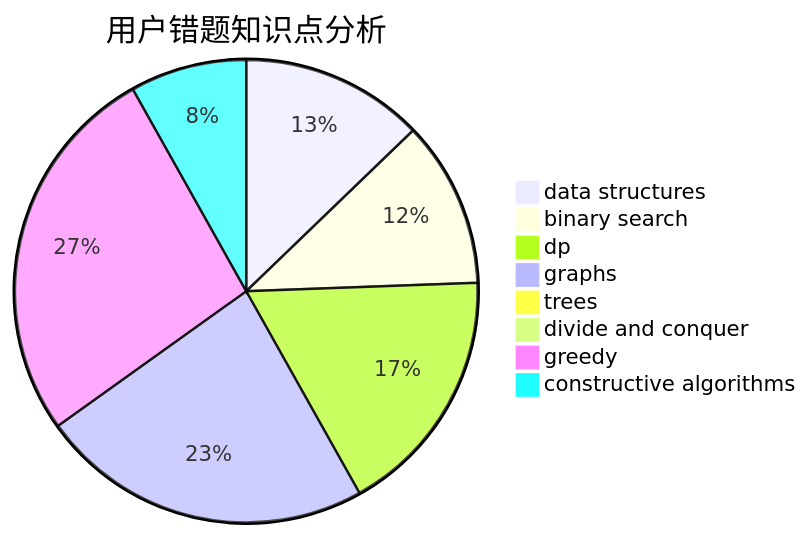
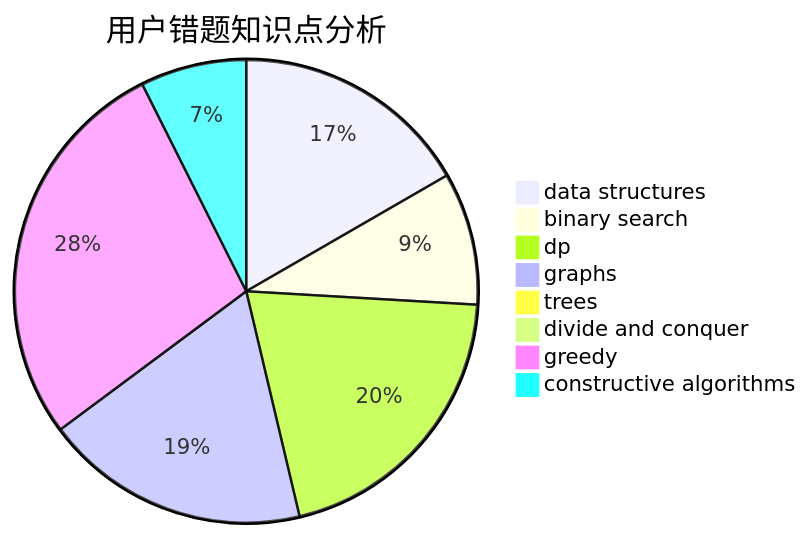
One commit to sherpahu/cfrs.github.io changed the third of 3 diagrams in docs/user/u158.md. Above: the diagram before and after it, drawn with Mermaid. The commit also changed other lines of this file and 2770 other files, not shown here.

````diff
--- a/docs/user/u158.md
+++ b/docs/user/u158.md
@@ -36,11 +36,11 @@
 ```mermaid
 pie title 用户错题知识点分析
-    "data structures" :  11
+    "data structures" :  18
     "binary search" :  10
-    "dp" :  15
+    "dp" :  22
     "graphs" :  20
     "trees" :  0
     "divide and conquer" :  0
-    "greedy" :  23
-    "constructive algorithms" :  7
+    "greedy" :  30
+    "constructive algorithms" :  8
 ```
````
